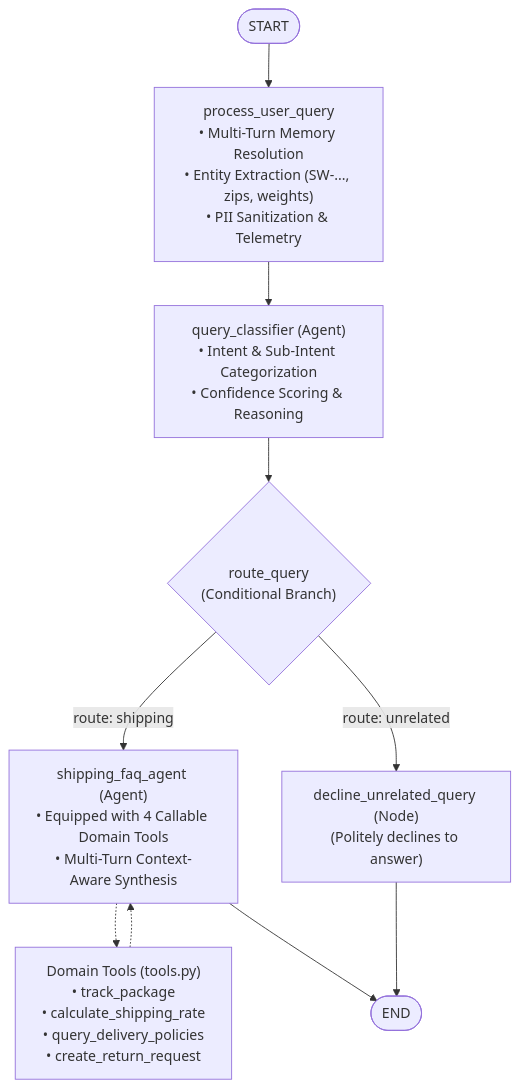
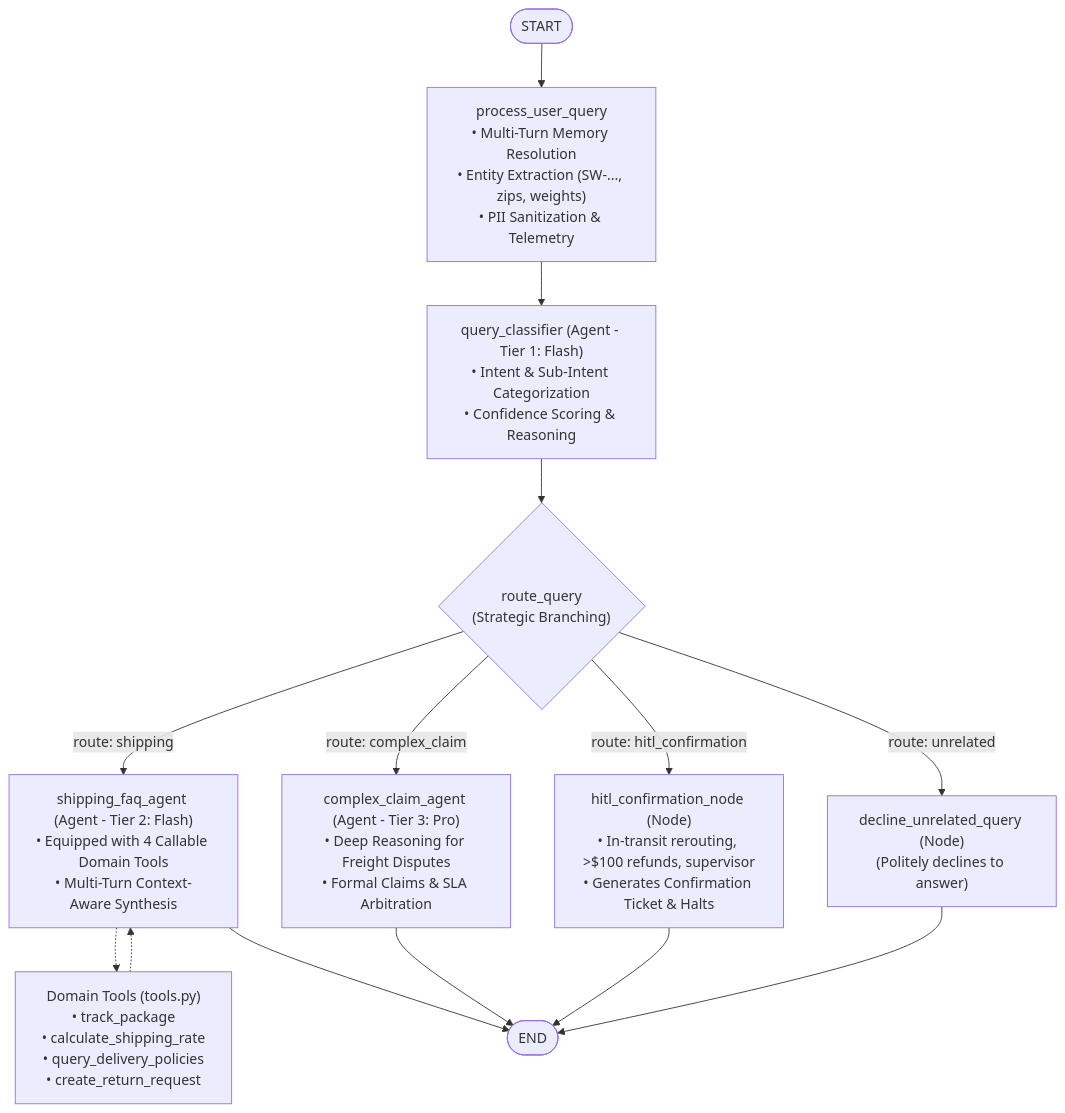
Before and after one commit to bdalati-ops/helpdesk-agent: the diagram in README.md, drawn with Mermaid. The commit also changed other lines of this file and 4 other files, not shown here.

Commit message:
Improve Orchestration & Logic: Implement strategic tiered model routing and Human-in-the-Loop (HITL) confirmation hooks

````diff
--- a/README.md
+++ b/README.md
@@ -22,12 +22,16 @@
 ```mermaid
 flowchart TD
     START([START]) --> ProcessInput["process_user_query\n• Multi-Turn Memory Resolution\n• Entity Extraction (SW-..., zips, weights)\n• PII Sanitization & Telemetry"]
-    ProcessInput --> Classifier["query_classifier (Agent)\n• Intent & Sub-Intent Categorization\n• Confidence Scoring & Reasoning"]
-    Classifier --> Router{"route_query\n(Conditional Branch)"}
-    Router -->|route: shipping| ShippingFAQ["shipping_faq_agent (Agent)\n• Equipped with 4 Callable Domain Tools\n• Multi-Turn Context-Aware Synthesis"]
+    ProcessInput --> Classifier["query_classifier (Agent - Tier 1: Flash)\n• Intent & Sub-Intent Categorization\n• Confidence Scoring & Reasoning"]
+    Classifier --> Router{"route_query\n(Strategic Branching)"}
+    Router -->|route: shipping| ShippingFAQ["shipping_faq_agent (Agent - Tier 2: Flash)\n• Equipped with 4 Callable Domain Tools\n• Multi-Turn Context-Aware Synthesis"]
+    Router -->|route: complex_claim| ClaimsAgent["complex_claim_agent (Agent - Tier 3: Pro)\n• Deep Reasoning for Freight Disputes\n• Formal Claims & SLA Arbitration"]
+    Router -->|route: hitl_confirmation| HITLNode["hitl_confirmation_node (Node)\n• In-transit rerouting, >$100 refunds, supervisor\n• Generates Confirmation Ticket & Halts"]
     Router -->|route: unrelated| DeclineNode["decline_unrelated_query (Node)\n(Politely declines to answer)"]
     ShippingFAQ -.-> Tools["Domain Tools (tools.py)\n• track_package\n• calculate_shipping_rate\n• query_delivery_policies\n• create_return_request"]
     Tools -.-> ShippingFAQ
     ShippingFAQ --> END([END])
+    ClaimsAgent --> END([END])
+    HITLNode --> END([END])
     DeclineNode --> END([END])
 ```
````
